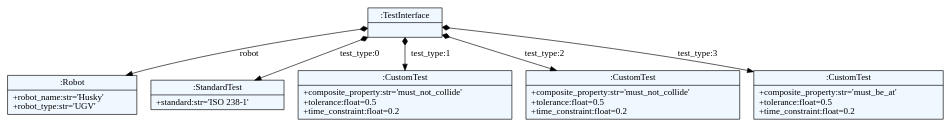
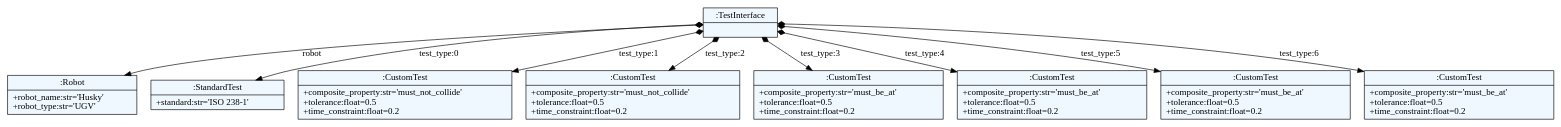
The diagram in src/property_based_tester/property_based_language_generation/standard_test_definitions.dot (SOHAIL1996/property_based_tester), drawn with Graphviz before and after one commit. The commit also changed 2 other files, not shown here.

```diff
--- a/src/property_based_tester/property_based_language_generation/standard_test_definitions.dot
+++ b/src/property_based_tester/property_based_language_generation/standard_test_definitions.dot
@@ -1,26 +1,32 @@
 
     digraph textX {
     fontname = "Bitstream Vera Sans"
     fontsize = 8
     node[
         shape=record,
         style=filled,
         fillcolor=aliceblue
     ]
     nodesep = 0.3
     edge[dir=black,arrowtail=empty]
 
 
-140074671725680 -> 140074671725824 [label="robot" arrowtail=diamond dir=both]
-140074671725824[label="{:Robot|+robot_name:str='Husky'\l+robot_type:str='UGV'\l}"]
-140074671725680 -> 140074671725968 [label="test_type:0" arrowtail=diamond dir=both]
-140074671725968[label="{:StandardTest|+standard:str='ISO 238-1'\l}"]
-140074671725680 -> 140074671726064 [label="test_type:1" arrowtail=diamond dir=both]
-140074671726064[label="{:CustomTest|+composite_property:str='must_not_collide'\l+tolerance:float=0.5\l+time_constraint:float=0.2\l}"]
-140074671725680 -> 140074671726112 [label="test_type:2" arrowtail=diamond dir=both]
-140074671726112[label="{:CustomTest|+composite_property:str='must_not_collide'\l+tolerance:float=0.5\l+time_constraint:float=0.2\l}"]
-140074671725680 -> 140074671726160 [label="test_type:3" arrowtail=diamond dir=both]
-140074671726160[label="{:CustomTest|+composite_property:str='must_be_at'\l+tolerance:float=0.5\l+time_constraint:float=0.2\l}"]
-140074671725680[label="{:TestInterface|}"]
+140258432216032 -> 140258432216176 [label="robot" arrowtail=diamond dir=both]
+140258432216176[label="{:Robot|+robot_name:str='Husky'\l+robot_type:str='UGV'\l}"]
+140258432216032 -> 140258432216320 [label="test_type:0" arrowtail=diamond dir=both]
+140258432216320[label="{:StandardTest|+standard:str='ISO 238-1'\l}"]
+140258432216032 -> 140258432216416 [label="test_type:1" arrowtail=diamond dir=both]
+140258432216416[label="{:CustomTest|+composite_property:str='must_not_collide'\l+tolerance:float=0.5\l+time_constraint:float=0.2\l}"]
+140258432216032 -> 140258432216464 [label="test_type:2" arrowtail=diamond dir=both]
+140258432216464[label="{:CustomTest|+composite_property:str='must_not_collide'\l+tolerance:float=0.5\l+time_constraint:float=0.2\l}"]
+140258432216032 -> 140258432216512 [label="test_type:3" arrowtail=diamond dir=both]
+140258432216512[label="{:CustomTest|+composite_property:str='must_be_at'\l+tolerance:float=0.5\l+time_constraint:float=0.2\l}"]
+140258432216032 -> 140258432216560 [label="test_type:4" arrowtail=diamond dir=both]
+140258432216560[label="{:CustomTest|+composite_property:str='must_be_at'\l+tolerance:float=0.5\l+time_constraint:float=0.2\l}"]
+140258432216032 -> 140258432216608 [label="test_type:5" arrowtail=diamond dir=both]
+140258432216608[label="{:CustomTest|+composite_property:str='must_be_at'\l+tolerance:float=0.5\l+time_constraint:float=0.2\l}"]
+140258432216032 -> 140258432216656 [label="test_type:6" arrowtail=diamond dir=both]
+140258432216656[label="{:CustomTest|+composite_property:str='must_be_at'\l+tolerance:float=0.5\l+time_constraint:float=0.2\l}"]
+140258432216032[label="{:TestInterface|}"]
 
 }
```
